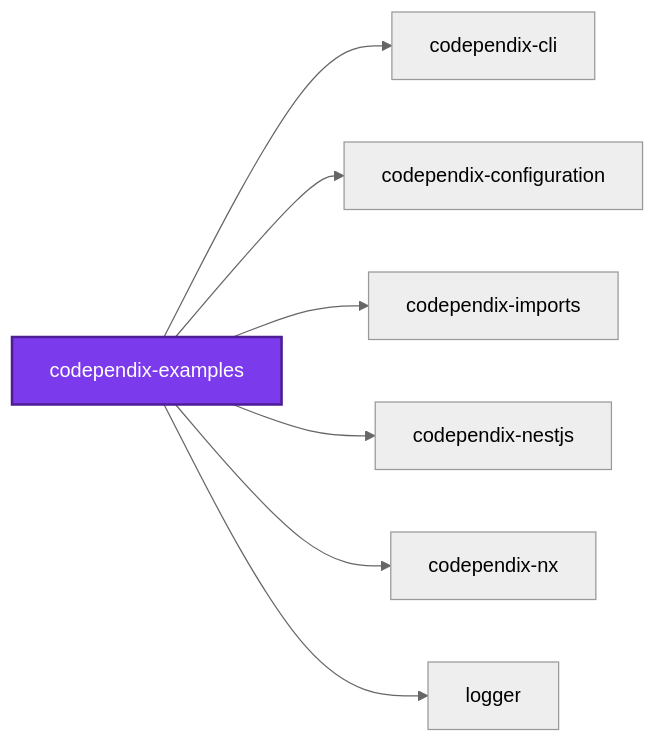
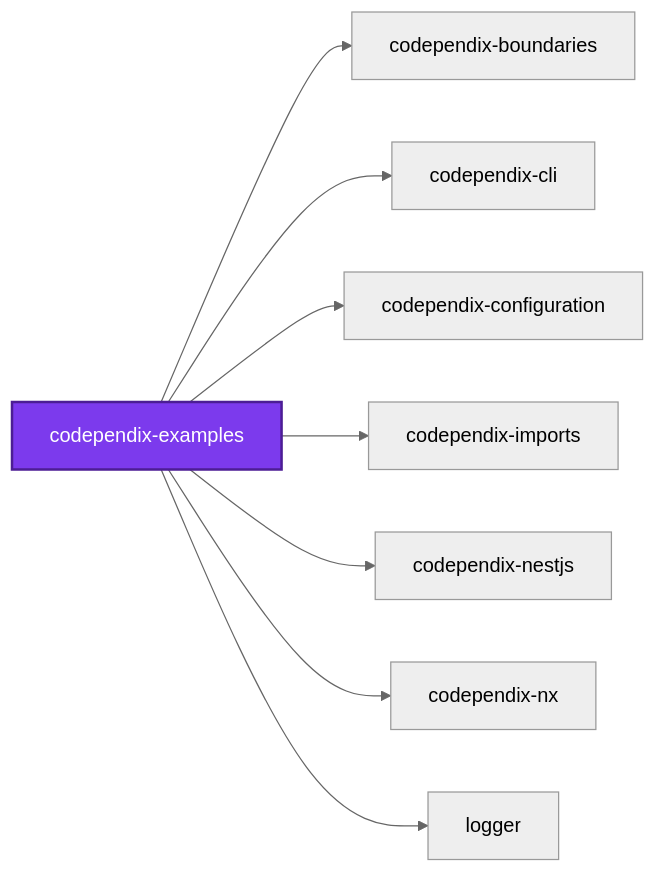
Before and after one commit to JimmyPaolini/codebase: the first of 2 diagrams in packages/codependix-examples/README.md, drawn with Mermaid (neutral theme). The commit also changed other lines of this file and 19 other files, not shown here.

````diff
--- a/packages/codependix-examples/README.md
+++ b/packages/codependix-examples/README.md
@@ -187,18 +187,20 @@
 ```mermaid
 graph LR
+  codependix_boundaries["codependix-boundaries"]
   codependix_cli["codependix-cli"]
   codependix_configuration["codependix-configuration"]
   codependix_examples["codependix-examples"]
   codependix_imports["codependix-imports"]
   codependix_nestjs["codependix-nestjs"]
   codependix_nx["codependix-nx"]
   logger["logger"]
+  codependix_examples --> codependix_boundaries
   codependix_examples --> codependix_cli
   codependix_examples --> codependix_configuration
   codependix_examples --> codependix_imports
   codependix_examples --> codependix_nestjs
   codependix_examples --> codependix_nx
   codependix_examples --> logger
   classDef subject fill:#7c3aed,color:#fff,stroke:#4c1d95,stroke-width:2px
   class codependix_examples subject
 ```
````
